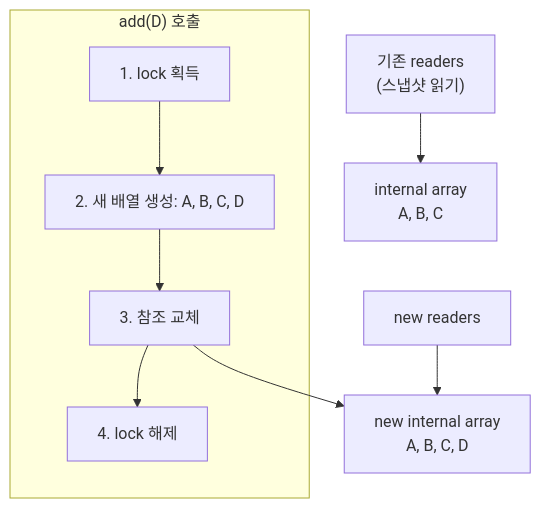
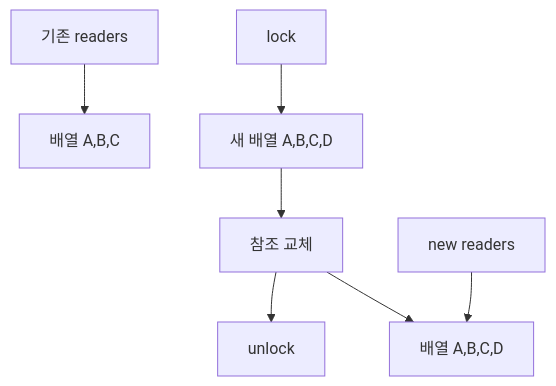
One commit to yjkim2015/yjkim2015.github.io changed the fifth of 21 diagrams in _posts/java/2026-05-01-java-collections.md. Above: the diagram before and after it, drawn with Mermaid. The commit also changed other lines of this file and 215 other files, not shown here.

First line of the commit message:
신규 포스트 10개 추가 + Mermaid 전면 축소 + SystemDesign 시리즈 보강

````diff
--- a/_posts/java/2026-05-01-java-collections.md
+++ b/_posts/java/2026-05-01-java-collections.md
@@ -265,18 +206,7 @@
 ```mermaid
 graph TD
-    A1["internal array<br>A, B, C"]
-    R1["기존 readers<br>(스냅샷 읽기)"]
-    R1 --> A1
-
-    subgraph "add(D) 호출"
-        L["1. lock 획득"]
-        N["2. 새 배열 생성: A, B, C, D"]
-        S["3. 참조 교체"]
-        U["4. lock 해제"]
-        L --> N --> S --> U
-    end
-
-    A2["new internal array<br>A, B, C, D"]
-    S --> A2
+    R1["기존 readers"] --> A1["배열 A,B,C"]
+    L["lock"] --> N["새 배열 A,B,C,D"] --> REF["참조 교체"] --> U["unlock"]
+    REF --> A2["배열 A,B,C,D"]
     NR["new readers"] --> A2
 ```
````
